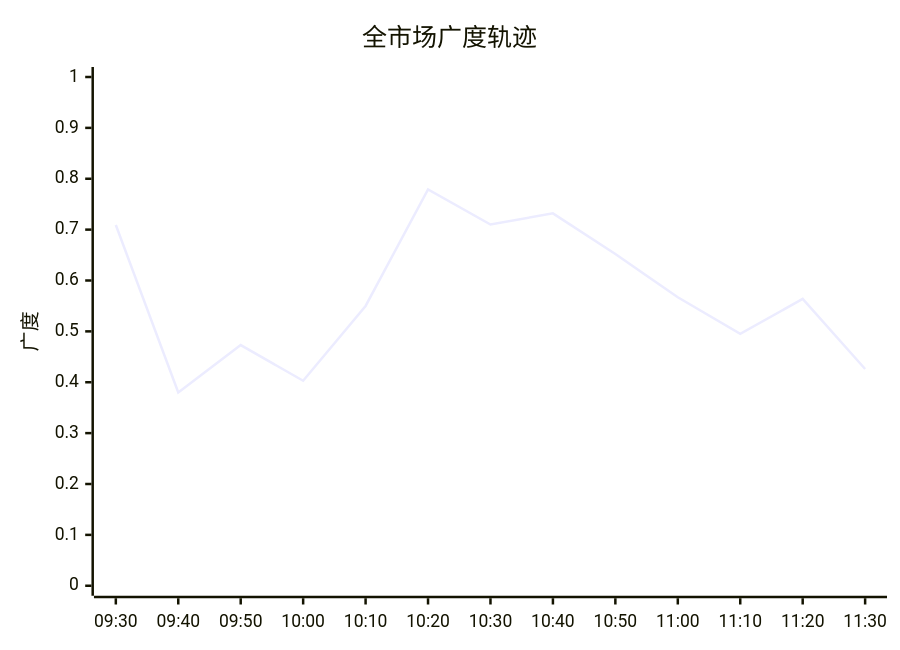
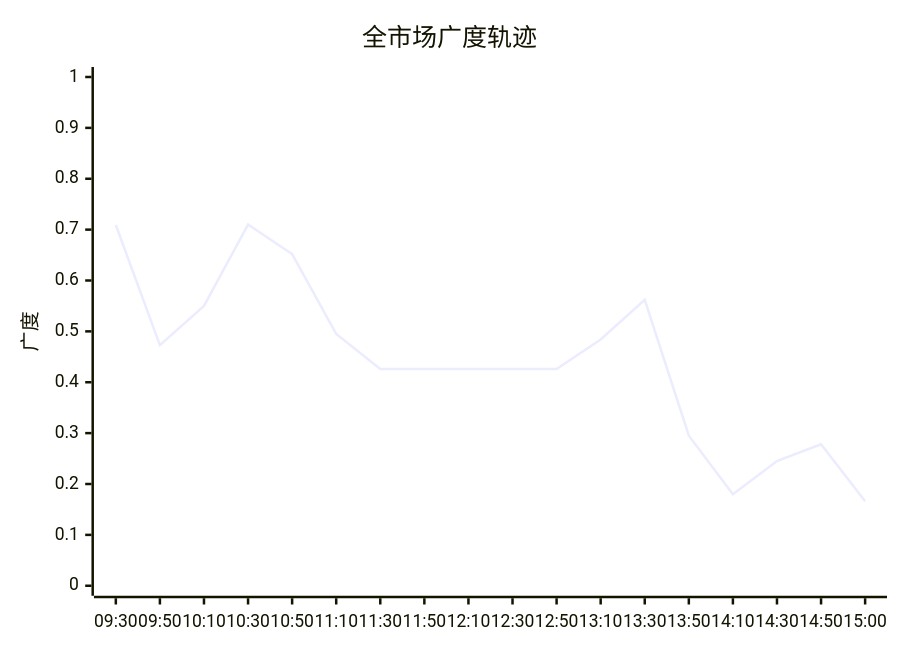
Before and after one commit to hesherchen-sketch/ray1992chzl: the second of 37 diagrams in content/投研交易/盘中分析/20261126.md, drawn with Mermaid. The commit also changed other lines of this file, not shown here.

````diff
--- a/content/投研交易/盘中分析/20261126.md
+++ b/content/投研交易/盘中分析/20261126.md
@@ -108,7 +131,7 @@
 ```mermaid
 xychart-beta
     title "全市场广度轨迹"
-    x-axis ["09:30", "09:40", "09:50", "10:00", "10:10", "10:20", "10:30", "10:40", "10:50", "11:00", "11:10", "11:20", "11:30"]
+    x-axis ["09:30", "09:50", "10:10", "10:30", "10:50", "11:10", "11:30", "11:50", "12:10", "12:30", "12:50", "13:10", "13:30", "13:50", "14:10", "14:30", "14:50", "15:00"]
     y-axis "广度" 0 --> 1
-    line [0.709, 0.38, 0.473, 0.403, 0.55, 0.779, 0.71, 0.732, 0.652, 0.567, 0.495, 0.564, 0.426]
+    line [0.709, 0.473, 0.55, 0.71, 0.652, 0.495, 0.426, 0.426, 0.426, 0.426, 0.426, 0.484, 0.562, 0.295, 0.18, 0.245, 0.278, 0.166]
 ```
````
